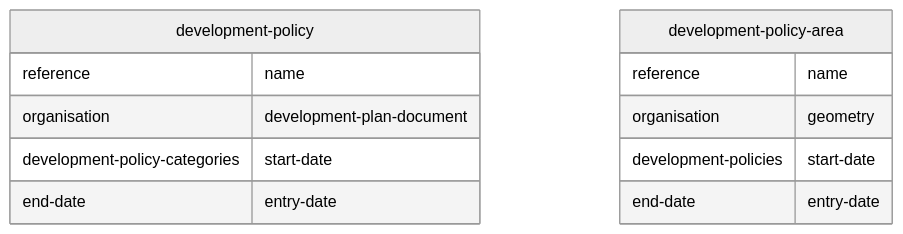
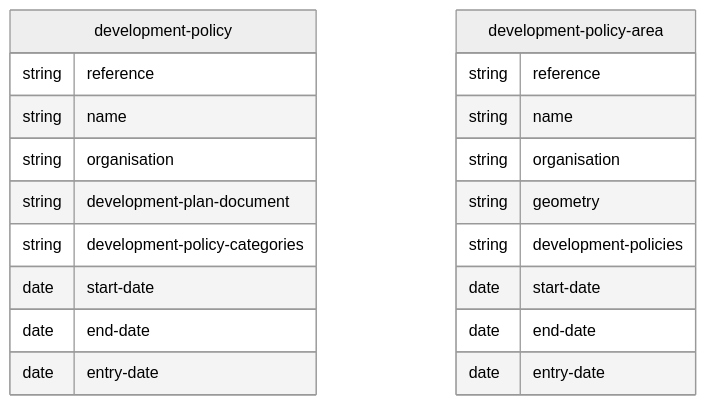
One commit to digital-land/specification changed the diagram in mermaid/development-policy.md. Above: the diagram before and after it, drawn with Mermaid (neutral theme). The commit also changed 9 other files, not shown here.

Commit message:
Mermaid types and relationship

````diff
--- a/mermaid/development-policy.md
+++ b/mermaid/development-policy.md
@@ -4,23 +4,23 @@
 ```mermaid
 erDiagram
     development-policy {
-        reference
-        name
-        organisation
-        development-plan-document
-        development-policy-categories
-        start-date
-        end-date
-        entry-date
+        string reference
+        string name
+        string organisation
+        string development-plan-document
+        string development-policy-categories
+        date start-date
+        date end-date
+        date entry-date
     }
     development-policy-area {
-        reference
-        name
-        organisation
-        geometry
-        development-policies
-        start-date
-        end-date
-        entry-date
+        string reference
+        string name
+        string organisation
+        string geometry
+        string development-policies
+        date start-date
+        date end-date
+        date entry-date
     }
 ```
````
